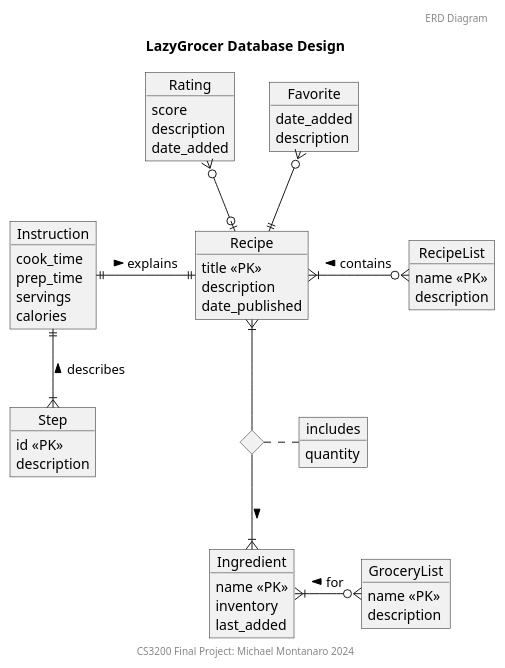
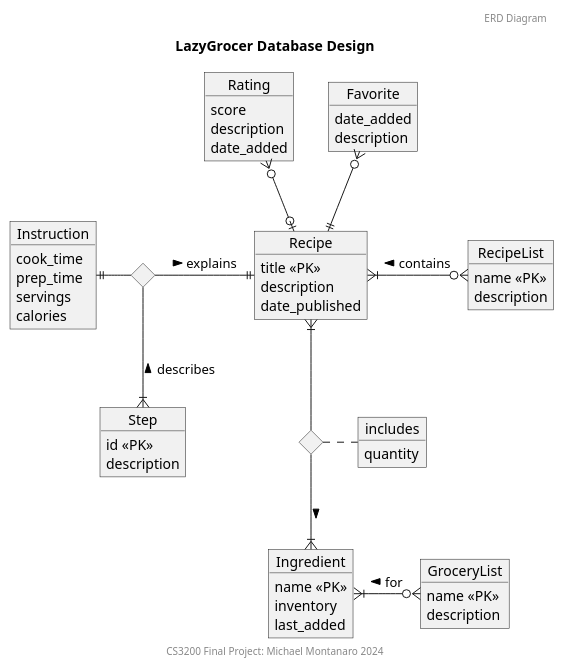
One commit to montymi/LazyGrocer changed the diagram in docs/plantuml/erd.wsd. Above: the diagram before and after it, drawn with PlantUML. The commit also changed 768 other files, not shown here.

```diff
--- a/docs/plantuml/erd.wsd
+++ b/docs/plantuml/erd.wsd
@@ -1,67 +1,69 @@
 @startuml LazyGrozerERDdiagram
 
 header ERD Diagram
 title LazyGrocer Database Design
 footer CS3200 Final Project: Michael Montanaro 2024
 
 object Recipe {
     title <<PK>> 
     description
     date_published
 }
 
 object Rating {
     score 
     description
     date_added
 }
 
 object Favorite {
     date_added
     description
 }
 
 object RecipeList {
     name <<PK>>
     description
 }
 
 object Instruction {
     cook_time
     prep_time
     servings
     calories
 }
 
 object Step {
     id <<PK>>
     description
 }
 
 object Ingredient {
     name <<PK>>
     inventory
     last_added
 }
 
 object GroceryList {
     name <<PK>>
     description
 }
 
 object includes {
     quantity
 }
 diamond DIncludes
+diamond stepdiamond
 
 Rating }o--o| Recipe 
 Favorite }o--|| Recipe 
 Recipe }|-- DIncludes
 DIncludes --|{ Ingredient: >
 DIncludes . includes
 Recipe }|-o{ RecipeList: contains <
 Ingredient }|-o{ GroceryList: for <
-Instruction ||-|| Recipe: explains >
-Instruction ||--|{ Step: describes <
+Instruction ||- stepdiamond
+stepdiamond -|| Recipe: explains >
+stepdiamond --|{ Step: describes <
 
 @enduml
```
